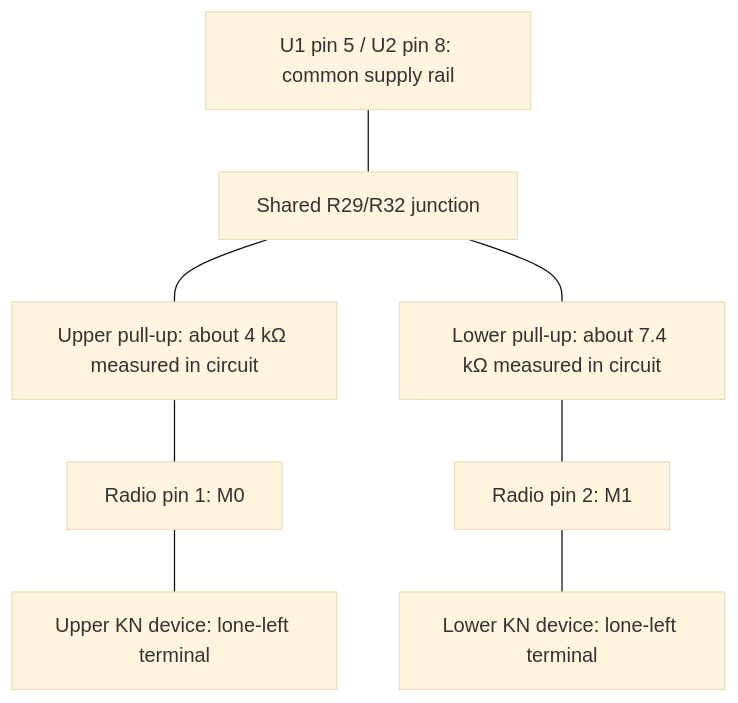
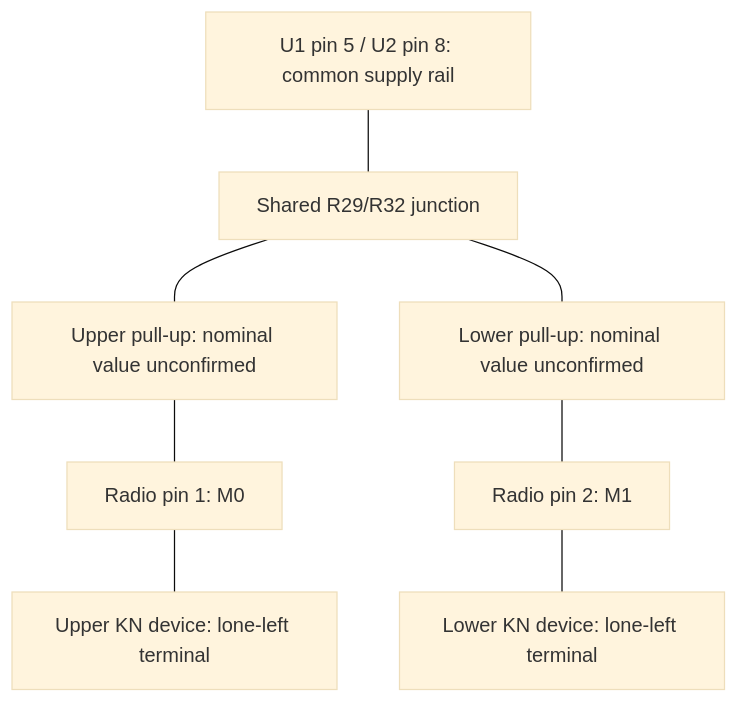
The second of 2 diagrams in docs/measurements.md (rambo/dmdt-865_expansion), drawn with Mermaid (base theme) before and after one commit. The commit also changed other lines of this file and 1 other file, not shown here.

Commit message:
docs: clarify matching pull-up readings by probe polarity

````diff
--- a/docs/measurements.md
+++ b/docs/measurements.md
@@ -576,10 +585,10 @@
 ```mermaid
 flowchart TB
     V["U1 pin 5 / U2 pin 8: common supply rail"] --- J["Shared R29/R32 junction"]
-    J --- RU["Upper pull-up: about 4 kΩ measured in circuit"]
-    J --- RL["Lower pull-up: about 7.4 kΩ measured in circuit"]
+    J --- RU["Upper pull-up: nominal value unconfirmed"]
+    J --- RL["Lower pull-up: nominal value unconfirmed"]
     RU --- M0["Radio pin 1: M0"]
     RL --- M1["Radio pin 2: M1"]
     M0 --- QU["Upper KN device: lone-left terminal"]
     M1 --- QL["Lower KN device: lone-left terminal"]
 ```
````
